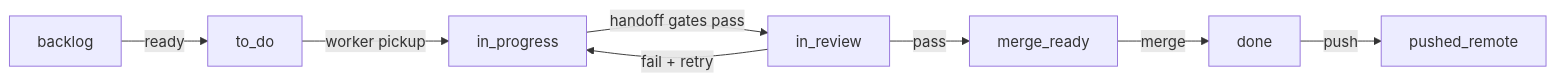
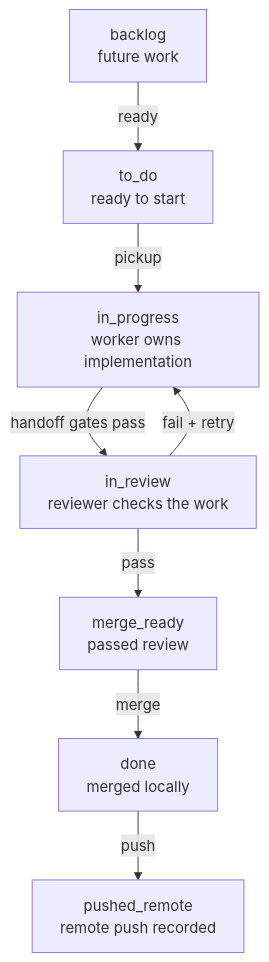
One commit to ArendiStudio/homebrew-apps changed the first of 2 diagrams in packages/agent/onboarding.md. Above: the diagram before and after it, drawn with Mermaid. The commit also changed other lines of this file and 2 other files, not shown here.

Commit message:
docs: clarify commands and onboarding diagrams

````diff
--- a/packages/agent/onboarding.md
+++ b/packages/agent/onboarding.md
@@ -97,18 +101,18 @@
 ```mermaid
-flowchart LR
-  Backlog["backlog"]
-  Todo["to_do"]
-  Progress["in_progress"]
-  Review["in_review"]
-  MergeReady["merge_ready"]
-  Done["done"]
-  Pushed["pushed_remote"]
+flowchart TD
+  Backlog["backlog<br/>future work"]
+  Todo["to_do<br/>ready to start"]
+  Progress["in_progress<br/>worker owns implementation"]
+  Review["in_review<br/>reviewer checks the work"]
+  MergeReady["merge_ready<br/>passed review"]
+  Done["done<br/>merged locally"]
+  Pushed["pushed_remote<br/>remote push recorded"]
 
   Backlog -->|"ready"| Todo
-  Todo -->|"worker pickup"| Progress
+  Todo -->|"pickup"| Progress
   Progress -->|"handoff gates pass"| Review
   Review -->|"pass"| MergeReady
   Review -->|"fail + retry"| Progress
   MergeReady -->|"merge"| Done
   Done -->|"push"| Pushed
 ```
````
